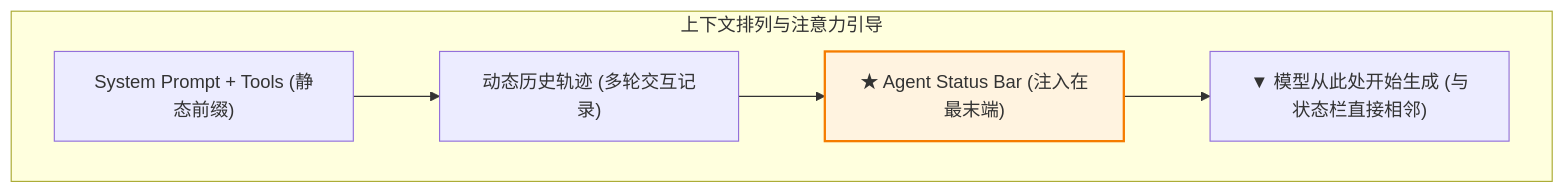
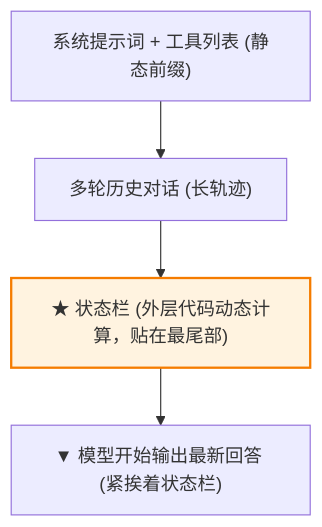
The first of 2 diagrams in app/ch02-context/04-agent-status-bar/page.mdx (ljh12138164/ai-agent-study), drawn with Mermaid before and after one commit. The commit also changed other lines of this file and 43 other files, not shown here.

````diff
--- a/app/ch02-context/04-agent-status-bar/page.mdx
+++ b/app/ch02-context/04-agent-status-bar/page.mdx
@@ -51,15 +40,8 @@
 ```mermaid
 flowchart TD
-    subgraph Trajectory["上下文排列与注意力引导"]
-        SP["System Prompt + Tools (静态前缀)"]
-        H["动态历史轨迹 (多轮交互记录)"]
-        SB["★ Agent Status Bar (注入在最末端)"]
-        GEN["▼ 模型从此处开始生成 (与状态栏直接相邻)"]
-        
-        SP --> H
-        H --> SB
-        SB --> GEN
-    end
+    SP["系统提示词 + 工具列表 (静态前缀)"] --> H["多轮历史对话 (长轨迹)"]
+    H --> SB["★ 状态栏 (外层代码动态计算，贴在最尾部)"]
+    SB --> G["▼ 模型开始输出最新回答 (紧挨着状态栏)"]
 
     style SB fill:#fff3e0,stroke:#f57c00,stroke-width:2px
 ```
````
